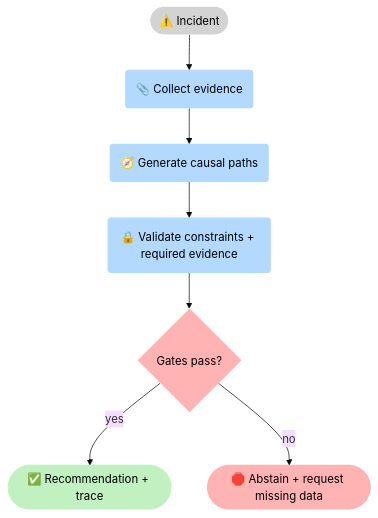
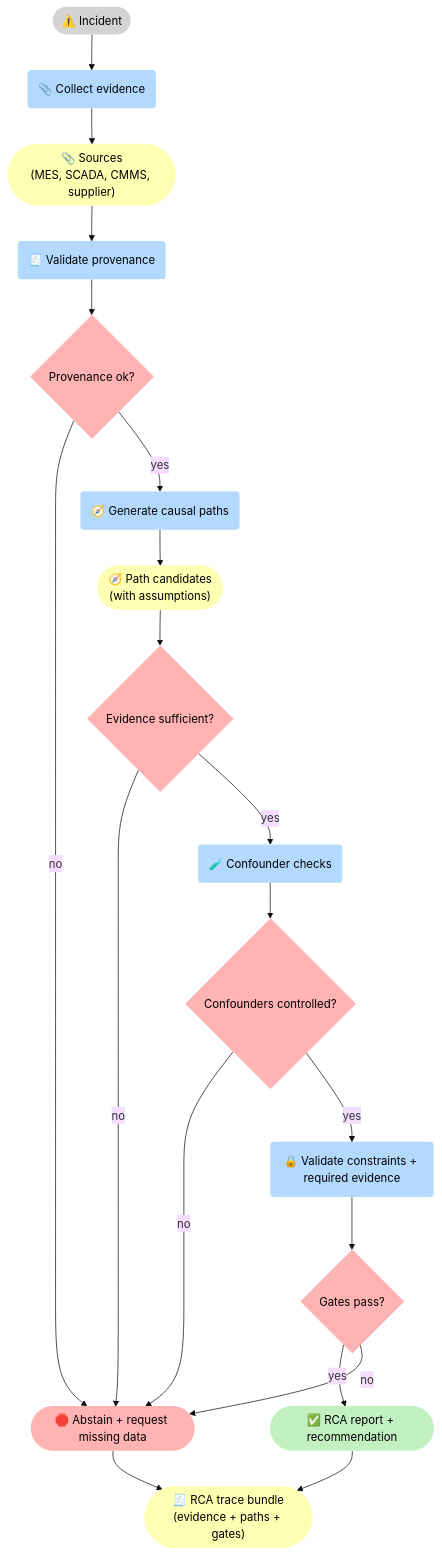
Before and after one commit to 5Reasons/5reasons.github.io: the second of 3 diagrams in docs/case-studies/manufacturing.md, drawn with Mermaid (base theme). The commit also changed other lines of this file and 8 other files, not shown here.

First line of the commit message:
Enhance case studies with detailed flowcharts and explicit gates

````diff
--- a/docs/case-studies/manufacturing.md
+++ b/docs/case-studies/manufacturing.md
@@ -83,25 +111,46 @@
 ```mermaid
 flowchart TB
 %% Styles (brModel Standard)
 classDef i fill:#D3D3D3,stroke-width:0px,color:#000;
 classDef p fill:#B3D9FF,stroke-width:0px,color:#000;
 classDef r fill:#FFFFB3,stroke-width:0px,color:#000;
 classDef o fill:#C1F0C1,stroke-width:0px,color:#000;
 classDef s fill:#FFB3B3,stroke-width:0px,color:#000;
 
 I_Inc(["⚠️ Incident"]):::i
 P_E("📎 Collect evidence"):::p
+R_Src(["📎 Sources<br>(MES, SCADA, CMMS, supplier)"]):::r
+P_Prov("🧾 Validate provenance"):::p
+G_Prov{"Provenance ok?"}:::s
+
 P_Path("🧭 Generate causal paths"):::p
+R_Path(["🧭 Path candidates<br>(with assumptions)"]):::r
+G_Ev{"Evidence sufficient?"}:::s
+
+P_Conf("🧪 Confounder checks"):::p
+G_Conf{"Confounders controlled?"}:::s
+
 P_V("🔒 Validate constraints + required evidence"):::p
 G_OK{"Gates pass?"}:::s
-O_A(["✅ Recommendation + trace"]):::o
+
+O_A(["✅ RCA report + recommendation"]):::o
+R_Tr(["🧾 RCA trace bundle<br>(evidence + paths + gates)"]):::r
 S_X(["🛑 Abstain + request missing data"]):::s
 
-I_Inc --> P_E --> P_Path --> P_V --> G_OK
-G_OK -->|"yes"| O_A
-G_OK -->|"no"| S_X
+I_Inc --> P_E --> R_Src --> P_Prov --> G_Prov
+G_Prov -->|"no"| S_X
+G_Prov -->|"yes"| P_Path --> R_Path --> G_Ev
+
+G_Ev -->|"no"| S_X
+G_Ev -->|"yes"| P_Conf --> G_Conf
+
+G_Conf -->|"no"| S_X
+G_Conf -->|"yes"| P_V --> G_OK
+
+G_OK -->|"yes"| O_A --> R_Tr
+G_OK -->|"no"| S_X --> R_Tr
 
 %% Clickable nodes
 click P_V "/methodology/constraints/" "Constraints & SHACL"
 click P_Path "/methodology/causalgraphrag/" "CausalGraphRAG"
 ```
````
